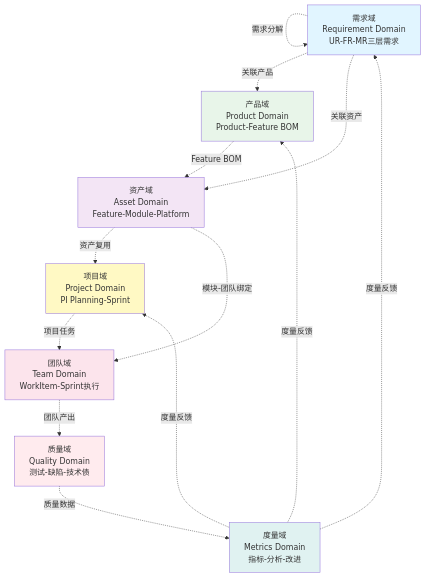
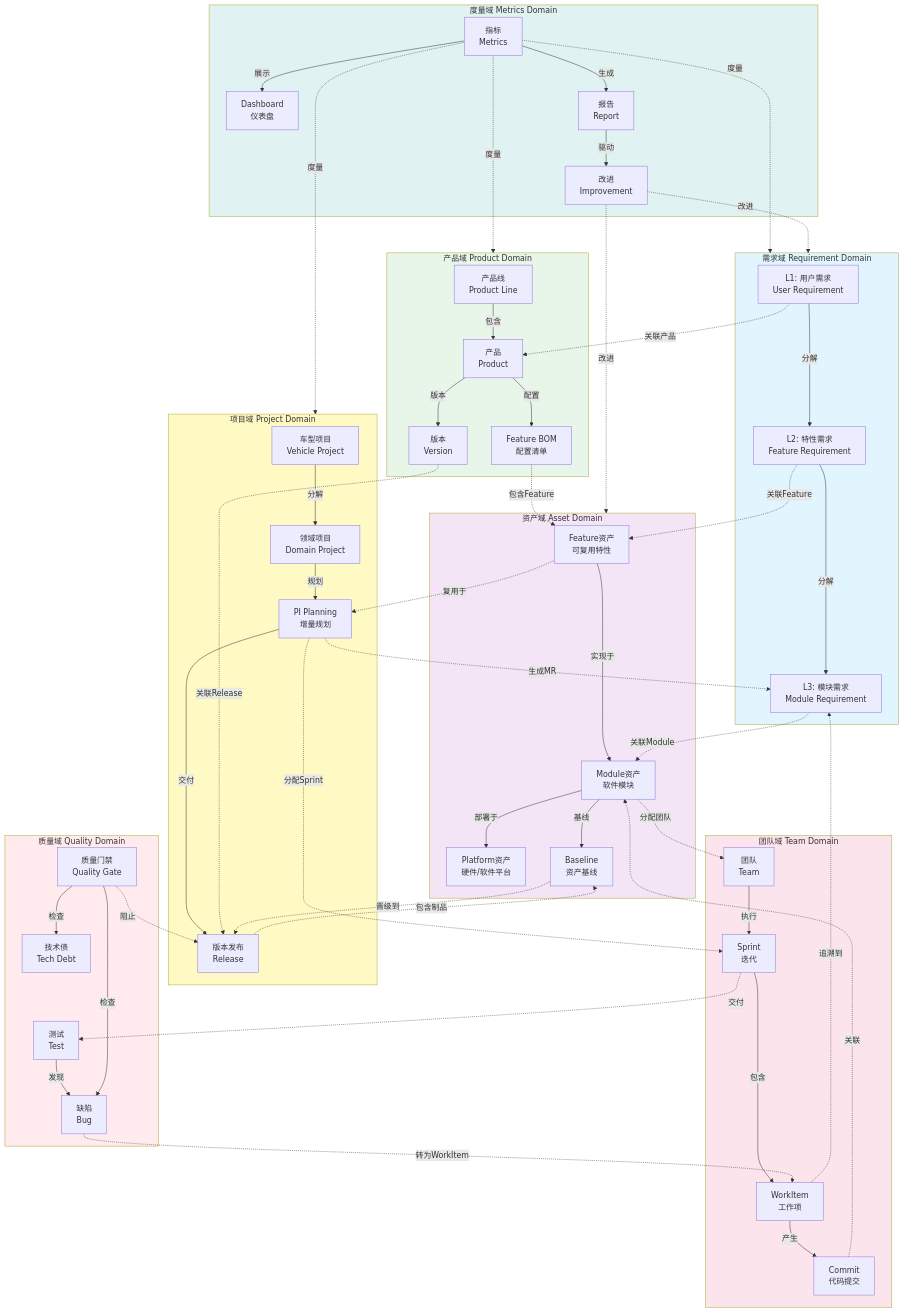
The third of 10 diagrams in Architecture/v3/01-business/BUSINESS_ARCHITECTURE.md (zjx-immersion/domain-model-design), drawn with Mermaid before and after one commit. The commit also changed other lines of this file and 1 other file, not shown here.

````diff
--- a/Architecture/v3/01-business/BUSINESS_ARCHITECTURE.md
+++ b/Architecture/v3/01-business/BUSINESS_ARCHITECTURE.md
@@ -130,31 +172,113 @@
 ```mermaid
 graph TB
-    D0[需求域<br/>Requirement Domain<br/>UR-FR-MR三层需求]
-    D1[产品域<br/>Product Domain<br/>Product-Feature BOM]
-    D2[资产域<br/>Asset Domain<br/>Feature-Module-Platform]
-    D3[项目域<br/>Project Domain<br/>PI Planning-Sprint]
-    D4[团队域<br/>Team Domain<br/>WorkItem-Sprint执行]
-    D5[质量域<br/>Quality Domain<br/>测试-缺陷-技术债]
-    D6[度量域<br/>Metrics Domain<br/>指标-分析-改进]
+    subgraph D0_Group[需求域 Requirement Domain]
+        D0_UR[L1: 用户需求<br/>User Requirement]
+        D0_FR[L2: 特性需求<br/>Feature Requirement]
+        D0_MR[L3: 模块需求<br/>Module Requirement]
+        D0_UR -->|分解| D0_FR
+        D0_FR -->|分解| D0_MR
+    end
     
-    D0 -.需求分解.-> D0
-    D0 -.关联产品.-> D1
-    D0 -.关联资产.-> D2
-    D1 -.Feature BOM.-> D2
-    D2 -.资产复用.-> D3
-    D3 -.项目任务.-> D4
-    D2 -.模块-团队绑定.-> D4
-    D4 -.团队产出.-> D5
-    D5 -.质量数据.-> D6
-    D6 -.度量反馈.-> D0
-    D6 -.度量反馈.-> D1
-    D6 -.度量反馈.-> D3
+    subgraph D1_Group[产品域 Product Domain]
+        D1_PL[产品线<br/>Product Line]
+        D1_P[产品<br/>Product]
+        D1_V[版本<br/>Version]
+        D1_BOM[Feature BOM<br/>配置清单]
+        D1_PL -->|包含| D1_P
+        D1_P -->|版本| D1_V
+        D1_P -->|配置| D1_BOM
+    end
     
-    style D0 fill:#e1f5ff
-    style D1 fill:#e8f5e9
-    style D2 fill:#f3e5f5
-    style D3 fill:#fff9c4
-    style D4 fill:#fce4ec
-    style D5 fill:#ffebee
-    style D6 fill:#e0f2f1
+    subgraph D2_Group[资产域 Asset Domain]
+        D2_F[Feature资产<br/>可复用特性]
+        D2_M[Module资产<br/>软件模块]
+        D2_P[Platform资产<br/>硬件/软件平台]
+        D2_B[Baseline<br/>资产基线]
+        D2_F -->|实现于| D2_M
+        D2_M -->|部署于| D2_P
+        D2_M -->|基线| D2_B
+    end
+    
+    subgraph D3_Group[项目域 Project Domain]
+        D3_VP[车型项目<br/>Vehicle Project]
+        D3_DP[领域项目<br/>Domain Project]
+        D3_PI[PI Planning<br/>增量规划]
+        D3_R[版本发布<br/>Release]
+        D3_VP -->|分解| D3_DP
+        D3_DP -->|规划| D3_PI
+        D3_PI -->|交付| D3_R
+    end
+    
+    subgraph D4_Group[团队域 Team Domain]
+        D4_T[团队<br/>Team]
+        D4_S[Sprint<br/>迭代]
+        D4_W[WorkItem<br/>工作项]
+        D4_C[Commit<br/>代码提交]
+        D4_T -->|执行| D4_S
+        D4_S -->|包含| D4_W
+        D4_W -->|产生| D4_C
+    end
+    
+    subgraph D5_Group[质量域 Quality Domain]
+        D5_T[测试<br/>Test]
+        D5_B[缺陷<br/>Bug]
+        D5_TD[技术债<br/>Tech Debt]
+        D5_Q[质量门禁<br/>Quality Gate]
+        D5_T -->|发现| D5_B
+        D5_Q -->|检查| D5_B
+        D5_Q -->|检查| D5_TD
+    end
+    
+    subgraph D6_Group[度量域 Metrics Domain]
+        D6_M[指标<br/>Metrics]
+        D6_D[Dashboard<br/>仪表盘]
+        D6_R[报告<br/>Report]
+        D6_I[改进<br/>Improvement]
+        D6_M -->|展示| D6_D
+        D6_M -->|生成| D6_R
+        D6_R -->|驱动| D6_I
+    end
+    
+    %% 需求域关联
+    D0_UR -.关联产品.-> D1_P
+    D0_FR -.关联Feature.-> D2_F
+    D0_MR -.关联Module.-> D2_M
+    
+    %% 产品域关联
+    D1_BOM -.包含Feature.-> D2_F
+    D1_V -.关联Release.-> D3_R
+    
+    %% 资产域关联
+    D2_F -.复用于.-> D3_PI
+    D2_M -.分配团队.-> D4_T
+    D2_B -.晋级到.-> D3_R
+    
+    %% 项目域关联
+    D3_PI -.生成MR.-> D0_MR
+    D3_PI -.分配Sprint.-> D4_S
+    D3_R -.包含制品.-> D2_B
+    
+    %% 团队域关联
+    D4_W -.追溯到.-> D0_MR
+    D4_C -.关联.-> D2_M
+    D4_S -.交付.-> D5_T
+    
+    %% 质量域关联
+    D5_B -.转为WorkItem.-> D4_W
+    D5_Q -.阻止.-> D3_R
+    
+    %% 度量域反馈
+    D6_M -.度量.-> D0_Group
+    D6_M -.度量.-> D1_Group
+    D6_M -.度量.-> D3_Group
+    D6_I -.改进.-> D0_Group
+    D6_I -.改进.-> D2_Group
+    
+    style D0_Group fill:#e1f5ff
+    style D1_Group fill:#e8f5e9
+    style D2_Group fill:#f3e5f5
+    style D3_Group fill:#fff9c4
+    style D4_Group fill:#fce4ec
+    style D5_Group fill:#ffebee
+    style D6_Group fill:#e0f2f1
 ```
````
